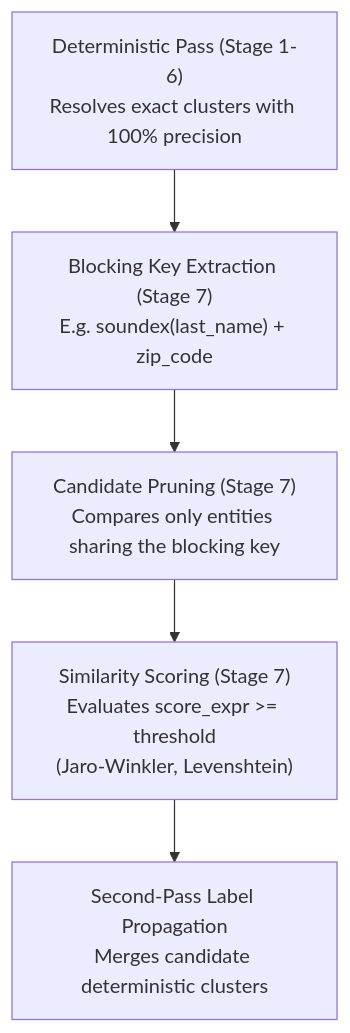
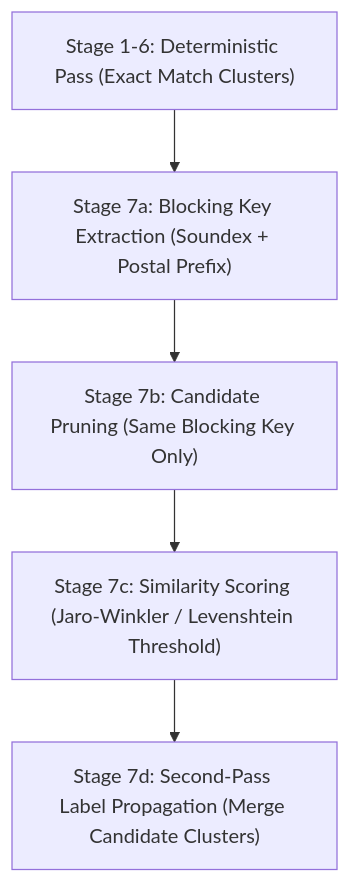
One commit to anilkulkarni87/sql-identity-oss changed the fifth of 5 diagrams in docs/algorithm-and-graph-engine.md. Above: the diagram before and after it, drawn with Mermaid. The commit also changed other lines of this file and 8 other files, not shown here.

Commit message:
docs: add GA4 tag, fix math formulas rendering, and correct mermaid diagram syntax

````diff
--- a/docs/algorithm-and-graph-engine.md
+++ b/docs/algorithm-and-graph-engine.md
@@ -288,8 +322,13 @@
 ```mermaid
 flowchart TD
-    D1["Deterministic Pass (Stage 1-6)\nResolves exact clusters with 100% precision"] --> B1
-    B1["Blocking Key Extraction (Stage 7)\nE.g. soundex(last_name) + zip_code"] --> C1
-    C1["Candidate Pruning (Stage 7)\nCompares only entities sharing the blocking key"] --> S1
-    S1["Similarity Scoring (Stage 7)\nEvaluates score_expr >= threshold\n(Jaro-Winkler, Levenshtein)"] --> M1
-    M1["Second-Pass Label Propagation\nMerges candidate deterministic clusters"]
+    D1["Stage 1-6: Deterministic Pass (Exact Match Clusters)"]
+    B1["Stage 7a: Blocking Key Extraction (Soundex + Postal Prefix)"]
+    C1["Stage 7b: Candidate Pruning (Same Blocking Key Only)"]
+    S1["Stage 7c: Similarity Scoring (Jaro-Winkler / Levenshtein Threshold)"]
+    M1["Stage 7d: Second-Pass Label Propagation (Merge Candidate Clusters)"]
+
+    D1 --> B1
+    B1 --> C1
+    C1 --> S1
+    S1 --> M1
 ```
````
